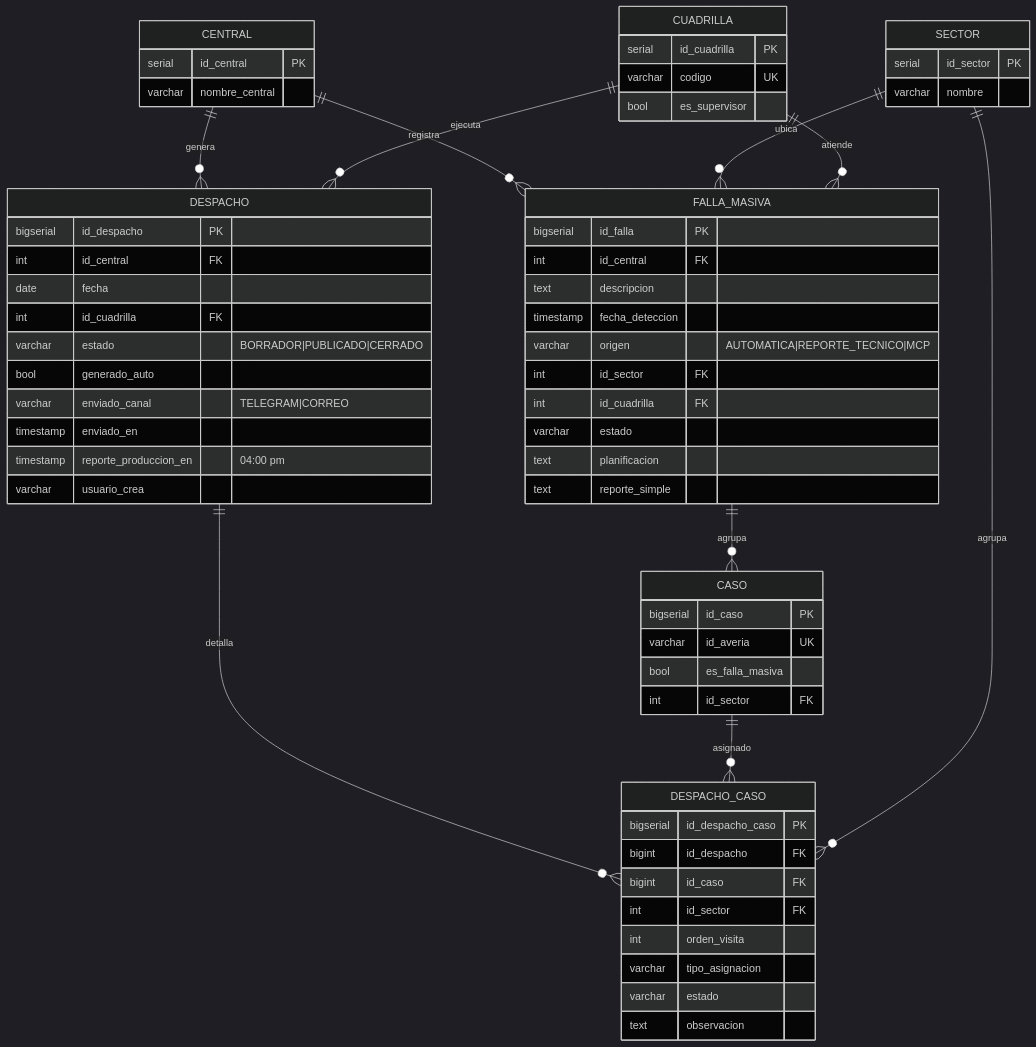
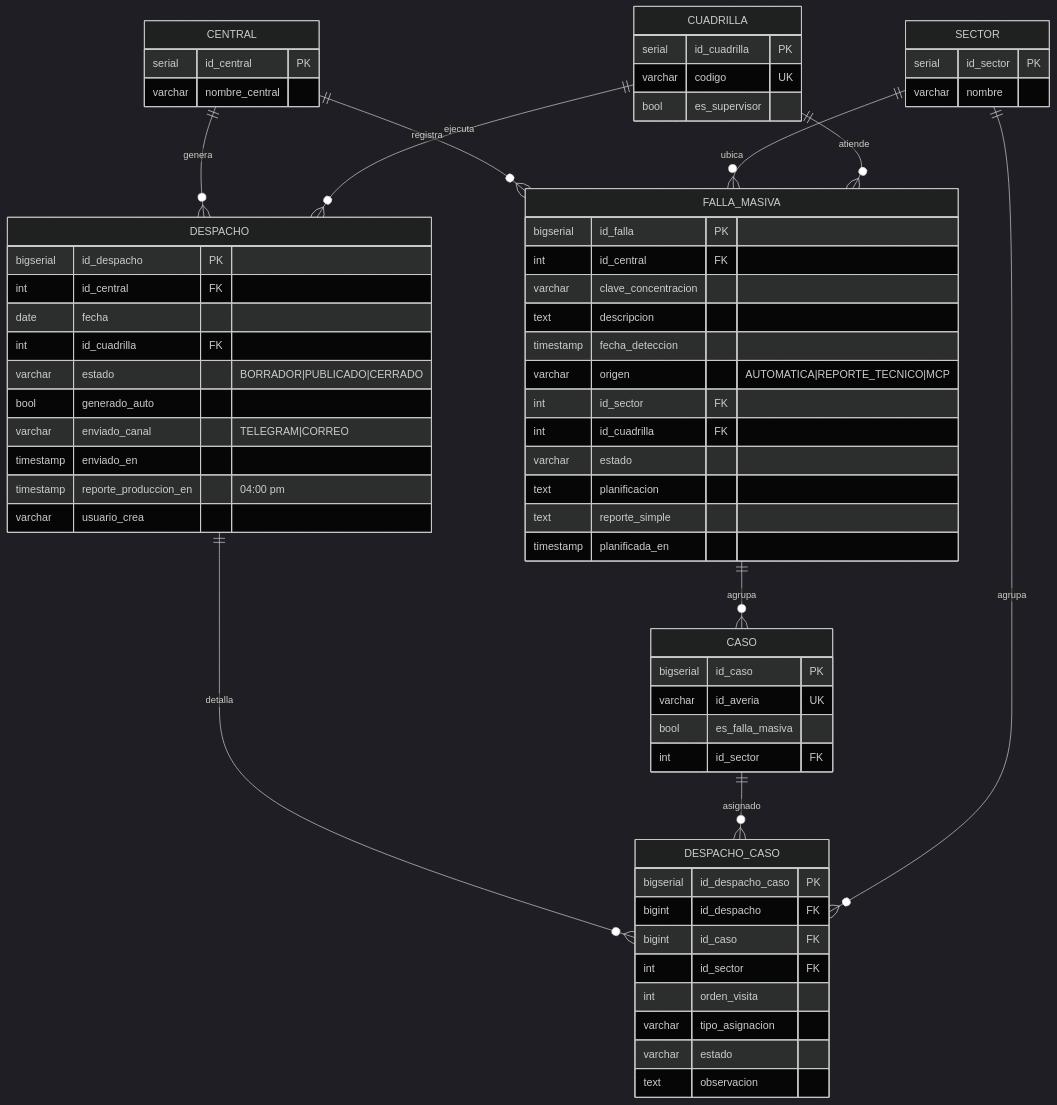
Before and after one commit to anlucorporations/GGTO: the fourth of 7 diagrams in RepoTecnico/modelo_er.md, drawn with Mermaid (dark theme). The commit also changed other lines of this file and 26 other files, not shown here.

````diff
--- a/RepoTecnico/modelo_er.md
+++ b/RepoTecnico/modelo_er.md
@@ -360,66 +360,68 @@
 ```mermaid
 erDiagram
     DESPACHO {
         bigserial id_despacho PK
         int      id_central FK
         date     fecha
         int      id_cuadrilla FK
         varchar  estado "BORRADOR|PUBLICADO|CERRADO"
         bool     generado_auto
         varchar  enviado_canal "TELEGRAM|CORREO"
         timestamp enviado_en
         timestamp reporte_produccion_en "04:00 pm"
         varchar  usuario_crea
     }
     DESPACHO_CASO {
         bigserial id_despacho_caso PK
         bigint   id_despacho FK
         bigint   id_caso FK
         int      id_sector FK
         int      orden_visita
         varchar  tipo_asignacion
         varchar  estado
         text     observacion
     }
     FALLA_MASIVA {
         bigserial id_falla PK
         int      id_central FK
+        varchar  clave_concentracion
         text     descripcion
         timestamp fecha_deteccion
         varchar  origen "AUTOMATICA|REPORTE_TECNICO|MCP"
         int      id_sector FK
         int      id_cuadrilla FK
         varchar  estado
         text     planificacion
         text     reporte_simple
+        timestamp planificada_en
     }
     CASO {
         bigserial id_caso PK
         varchar  id_averia UK
         bool     es_falla_masiva
         int      id_sector FK
     }
     CUADRILLA {
         serial   id_cuadrilla PK
         varchar  codigo UK
         bool     es_supervisor
     }
     SECTOR {
         serial   id_sector PK
         varchar  nombre
     }
     CENTRAL {
         serial   id_central PK
         varchar  nombre_central
     }
 
     CENTRAL    ||--o{ DESPACHO : genera
     CUADRILLA  ||--o{ DESPACHO : ejecuta
     DESPACHO   ||--o{ DESPACHO_CASO : detalla
     CASO       ||--o{ DESPACHO_CASO : asignado
     SECTOR     ||--o{ DESPACHO_CASO : agrupa
     CENTRAL    ||--o{ FALLA_MASIVA : registra
     SECTOR     ||--o{ FALLA_MASIVA : ubica
     CUADRILLA  ||--o{ FALLA_MASIVA : atiende
     FALLA_MASIVA ||--o{ CASO : agrupa
 ```
````
